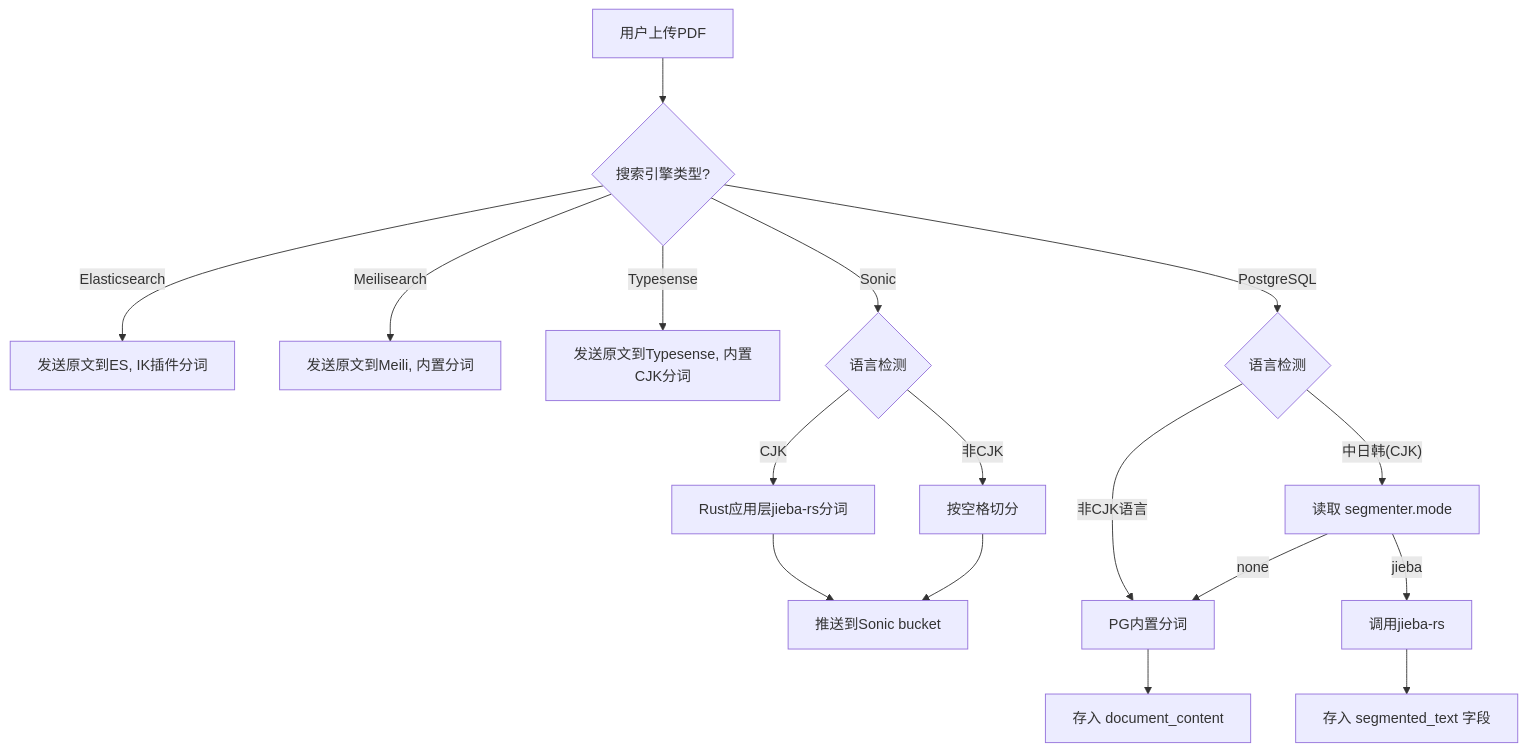
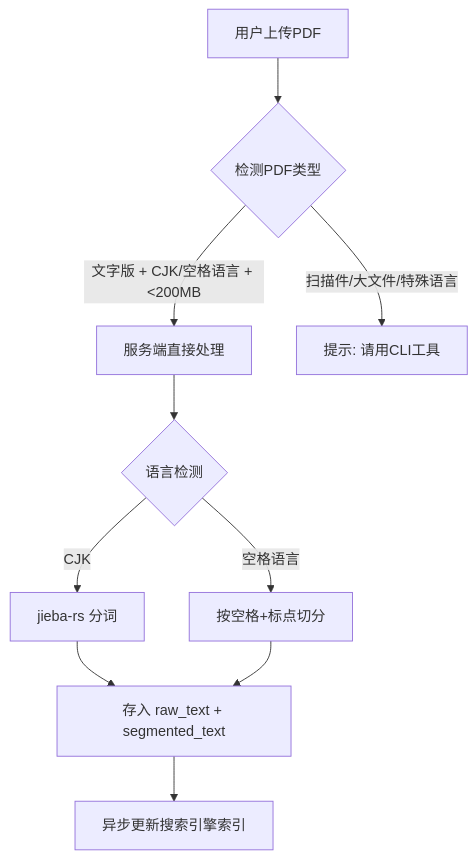
The first of 2 diagrams in rust/05-分词搜索方案.md (aaro-n/book), drawn with Mermaid before and after one commit. The commit also changed other lines of this file and 18 other files, not shown here.

````diff
--- a/rust/05-分词搜索方案.md
+++ b/rust/05-分词搜索方案.md
@@ -172,23 +391,12 @@
 ```mermaid
 graph TD
-    A[用户上传PDF] --> B{搜索引擎类型?}
-    
-    B -- Elasticsearch --> C1[发送原文到ES, IK插件分词]
-    B -- Meilisearch --> C2[发送原文到Meili, 内置分词]
-    B -- Typesense --> C3[发送原文到Typesense, 内置CJK分词]
-    B -- Sonic --> C4{语言检测}
-    B -- PostgreSQL --> C5{语言检测}
-    
-    C4 -- CJK --> D4[Rust应用层jieba-rs分词]
-    C4 -- 非CJK --> E4[按空格切分]
-    D4 & E4 --> F4[推送到Sonic bucket]
-    
-    C5 -- 非CJK语言 --> E5[PG内置分词]
-    C5 -- 中日韩(CJK) --> F5[读取 segmenter.mode]
-    
-    F5 -- jieba --> H[调用jieba-rs]
-    F5 -- none --> E5
-    
-    H --> J[存入 segmented_text 字段]
-    E5 --> K[存入 document_content]
+    A[用户上传PDF] --> B{检测PDF类型}
+    B -- 文字版 + CJK/空格语言 + <200MB --> C[服务端直接处理]
+    B -- 扫描件/大文件/特殊语言 --> D[提示: 请用CLI工具]
+    C --> E{语言检测}
+    E -- CJK --> F[jieba-rs 分词]
+    E -- 空格语言 --> G[按空格+标点切分]
+    F --> H[存入 raw_text + segmented_text]
+    G --> H
+    H --> I[异步更新搜索引擎索引]
 ```
````
